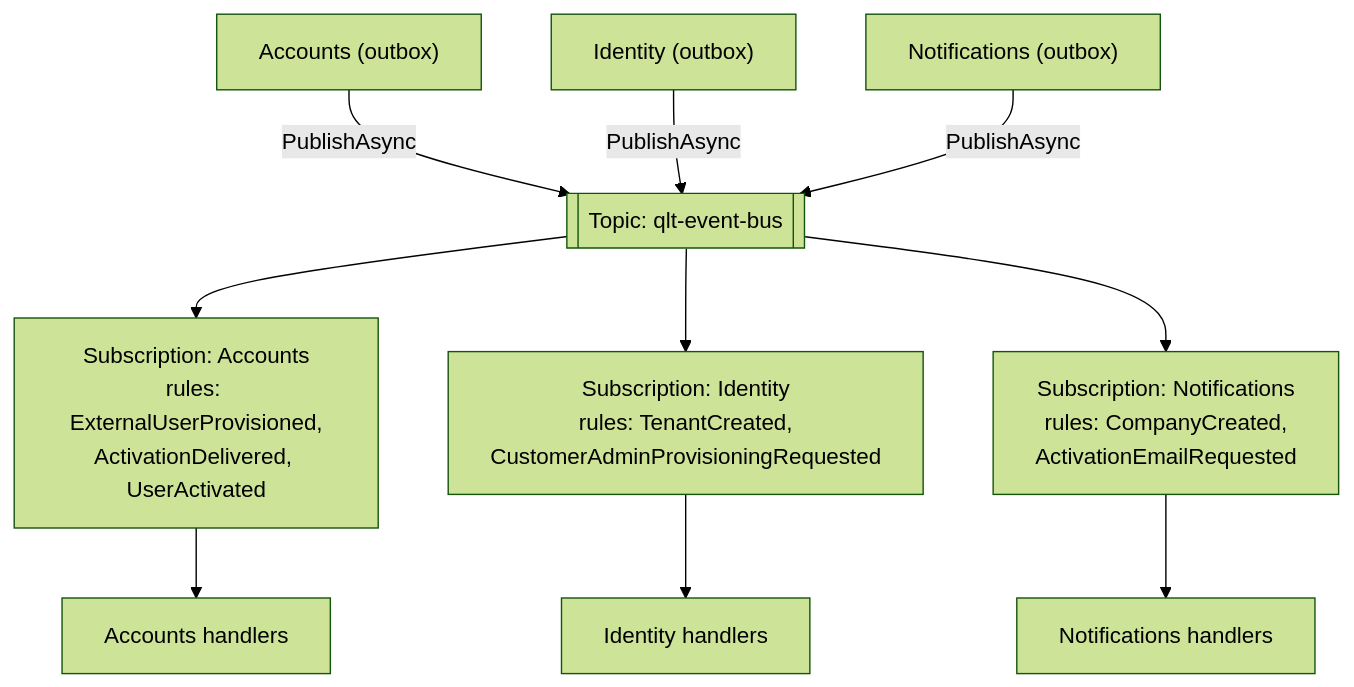
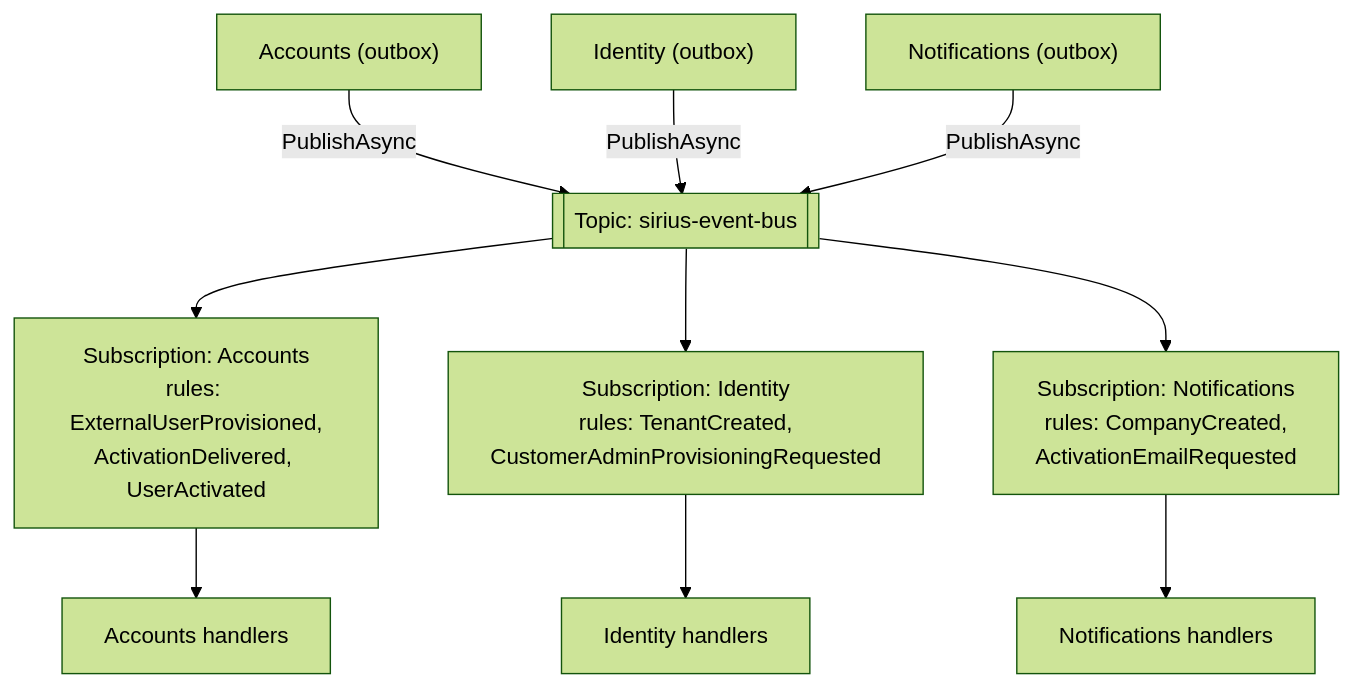
Before and after one commit to miquelalcaraz/Labs.ServicePlatform: the first of 4 diagrams in docs/architecture/07-event-bus.md, drawn with Mermaid (forest theme). The commit also changed other lines of this file and 1116 other files, not shown here.

````diff
--- a/docs/architecture/07-event-bus.md
+++ b/docs/architecture/07-event-bus.md
@@ -18,16 +18,16 @@
 ```mermaid
 flowchart TB
     ACC_P["Accounts (outbox)"] -- "PublishAsync" --> TOPIC
     IDN_P["Identity (outbox)"] -- "PublishAsync" --> TOPIC
     NOT_P["Notifications (outbox)"] -- "PublishAsync" --> TOPIC
 
-    TOPIC[["Topic: qlt-event-bus"]]
+    TOPIC[["Topic: sirius-event-bus"]]
 
     TOPIC --> SA["Subscription: Accounts<br/>rules: ExternalUserProvisioned,<br/>ActivationDelivered, UserActivated"]
     TOPIC --> SI["Subscription: Identity<br/>rules: TenantCreated,<br/>CustomerAdminProvisioningRequested"]
     TOPIC --> SN["Subscription: Notifications<br/>rules: CompanyCreated,<br/>ActivationEmailRequested"]
 
     SA --> ACC_C["Accounts handlers"]
     SI --> IDN_C["Identity handlers"]
     SN --> NOT_C["Notifications handlers"]
 ```
````
